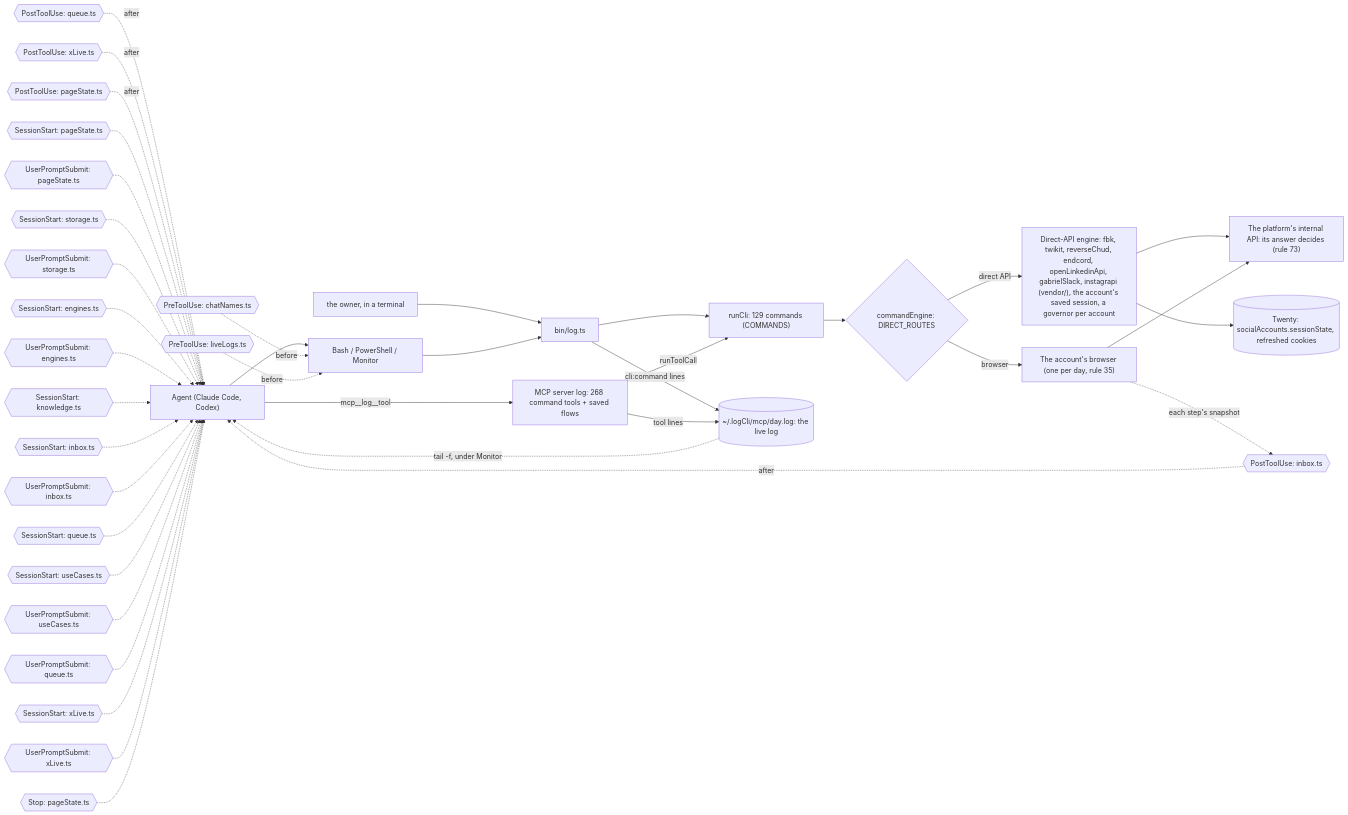
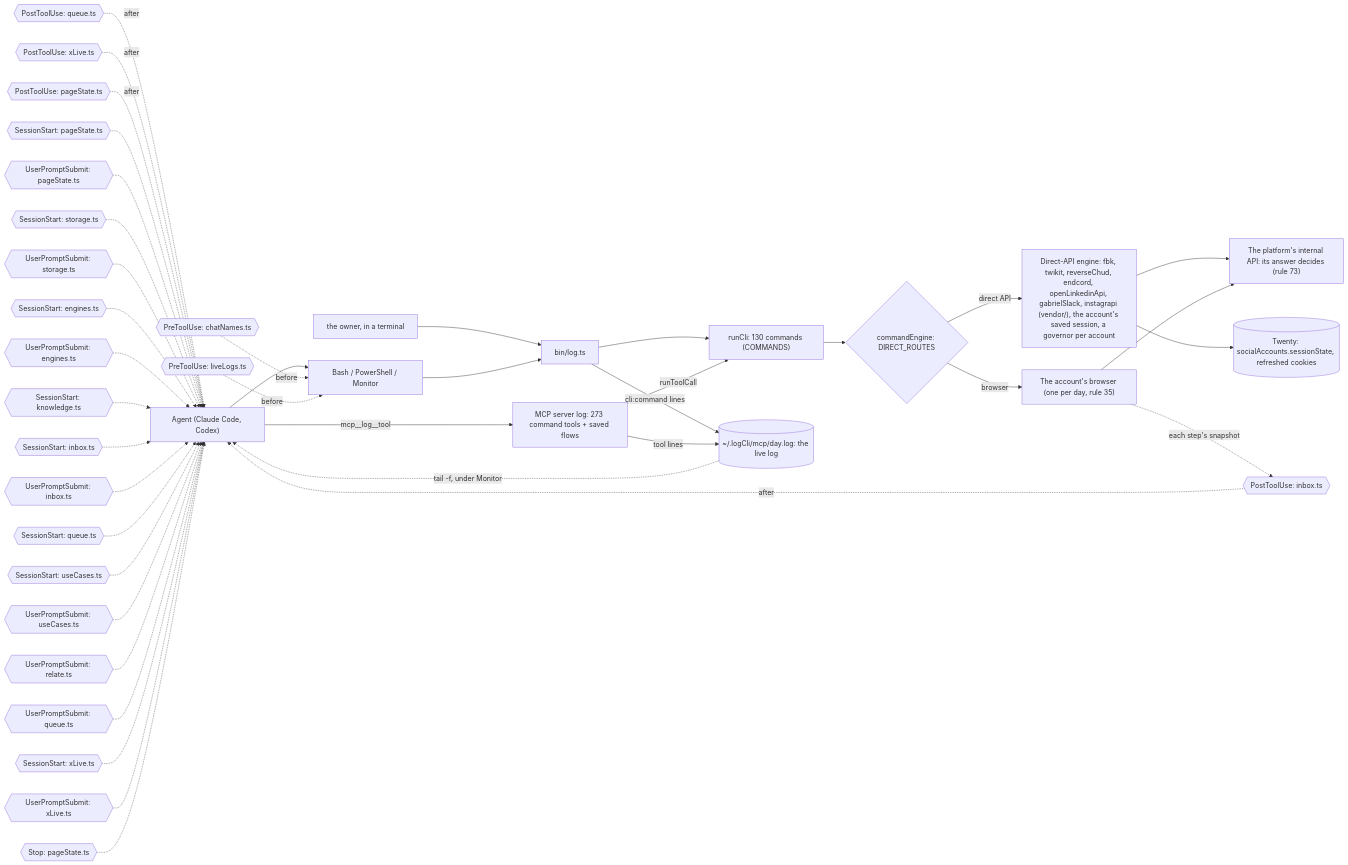
The diagram in docs/diagrams/surface.mmd (aggelos-pappas/log), drawn with Mermaid before and after one commit. The commit also changed 35 other files, not shown here.

First line of the commit message:
feat(relate): a Relate graph projected from log.db, injected as connected context

```diff
--- a/docs/diagrams/surface.mmd
+++ b/docs/diagrams/surface.mmd
@@ -1,53 +1,54 @@
 %% How a call reaches log-cli. From a shell or over MCP, both run the same commands through `runCli`, write the same live log, and pass through the same hooks. `commandEngine` sends each command to the platform's direct API or to the account's browser.
 %% Written by `bun run docs:build` from the code (rule 56). Not edited by hand.
 flowchart LR
   agent["Agent (Claude Code, Codex)"]
   owner["the owner, in a terminal"]
   shell["Bash / PowerShell / Monitor"]
-  mcp["MCP server log: 268 command tools + saved flows"]
+  mcp["MCP server log: 273 command tools + saved flows"]
   bin["bin/log.ts"]
-  runCli["runCli: 129 commands (COMMANDS)"]
+  runCli["runCli: 130 commands (COMMANDS)"]
   live[("~/.logCli/mcp/day.log: the live log")]
   engine{"commandEngine: DIRECT_ROUTES"}
   direct["Direct-API engine: fbk, twikit, reverseChud, endcord, openLinkedinApi, gabrielSlack, instagrapi (vendor/), the account's saved session, a governor per account"]
   browser["The account's browser (one per day, rule 35)"]
   api["The platform's internal API: its answer decides (rule 73)"]
   twenty[("Twenty: socialAccounts.sessionState, refreshed cookies")]
   agent --> shell
   owner --> bin
   shell --> bin
   agent -->|mcp__log__tool| mcp
   bin --> runCli
   mcp -->|runToolCall| runCli
   runCli --> engine
   engine -->|direct API| direct
   engine -->|browser| browser
   direct --> api
   browser --> api
   direct --> twenty
   bin -->|cli:command lines| live
   mcp -->|tool lines| live
   live -.->|tail -f, under Monitor| agent
   pre0{{"PreToolUse: chatNames.ts"}} -.->|before| shell
   pre1{{"PreToolUse: liveLogs.ts"}} -.->|before| shell
   post0{{"PostToolUse: inbox.ts"}} -.->|after| agent
   post1{{"PostToolUse: queue.ts"}} -.->|after| agent
   post2{{"PostToolUse: xLive.ts"}} -.->|after| agent
   post3{{"PostToolUse: pageState.ts"}} -.->|after| agent
   turn0{{"SessionStart: pageState.ts"}} -.-> agent
   turn1{{"UserPromptSubmit: pageState.ts"}} -.-> agent
   turn2{{"SessionStart: storage.ts"}} -.-> agent
   turn3{{"UserPromptSubmit: storage.ts"}} -.-> agent
   turn4{{"SessionStart: engines.ts"}} -.-> agent
   turn5{{"UserPromptSubmit: engines.ts"}} -.-> agent
   turn6{{"SessionStart: knowledge.ts"}} -.-> agent
   turn7{{"SessionStart: inbox.ts"}} -.-> agent
   turn8{{"UserPromptSubmit: inbox.ts"}} -.-> agent
   turn9{{"SessionStart: queue.ts"}} -.-> agent
   turn10{{"SessionStart: useCases.ts"}} -.-> agent
   turn11{{"UserPromptSubmit: useCases.ts"}} -.-> agent
-  turn12{{"UserPromptSubmit: queue.ts"}} -.-> agent
-  turn13{{"SessionStart: xLive.ts"}} -.-> agent
-  turn14{{"UserPromptSubmit: xLive.ts"}} -.-> agent
-  turn15{{"Stop: pageState.ts"}} -.-> agent
+  turn12{{"UserPromptSubmit: relate.ts"}} -.-> agent
+  turn13{{"UserPromptSubmit: queue.ts"}} -.-> agent
+  turn14{{"SessionStart: xLive.ts"}} -.-> agent
+  turn15{{"UserPromptSubmit: xLive.ts"}} -.-> agent
+  turn16{{"Stop: pageState.ts"}} -.-> agent
   browser -.->|each step's snapshot| post0
```
